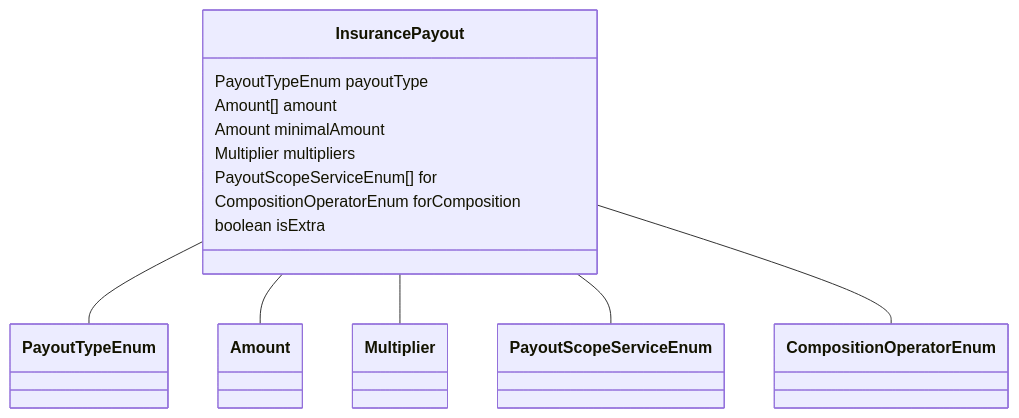
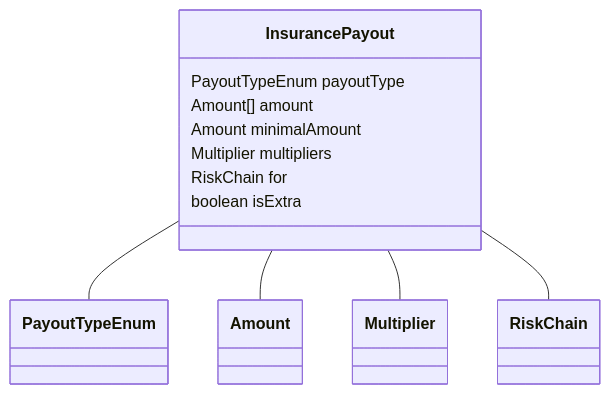
Before and after one commit to codexstanford/Insurance-Payout-Ontology: the diagram in datamodel-build/mermaid/InsurancePayout.mmd, drawn with Mermaid. The commit also changed 59 other files, not shown here.

```diff
--- a/datamodel-build/mermaid/InsurancePayout.mmd
+++ b/datamodel-build/mermaid/InsurancePayout.mmd
@@ -1,19 +1,17 @@
 classDiagram
   InsurancePayout -- PayoutTypeEnum
 InsurancePayout -- Amount
 InsurancePayout -- Multiplier
-InsurancePayout -- PayoutScopeServiceEnum
-InsurancePayout -- CompositionOperatorEnum
+InsurancePayout -- RiskChain
 
 
 class InsurancePayout {
 
   PayoutTypeEnum payoutType
   Amount[] amount
   Amount minimalAmount
   Multiplier multipliers
-  PayoutScopeServiceEnum[] for
-  CompositionOperatorEnum forComposition
+  RiskChain for
   boolean isExtra
 
 }
```
